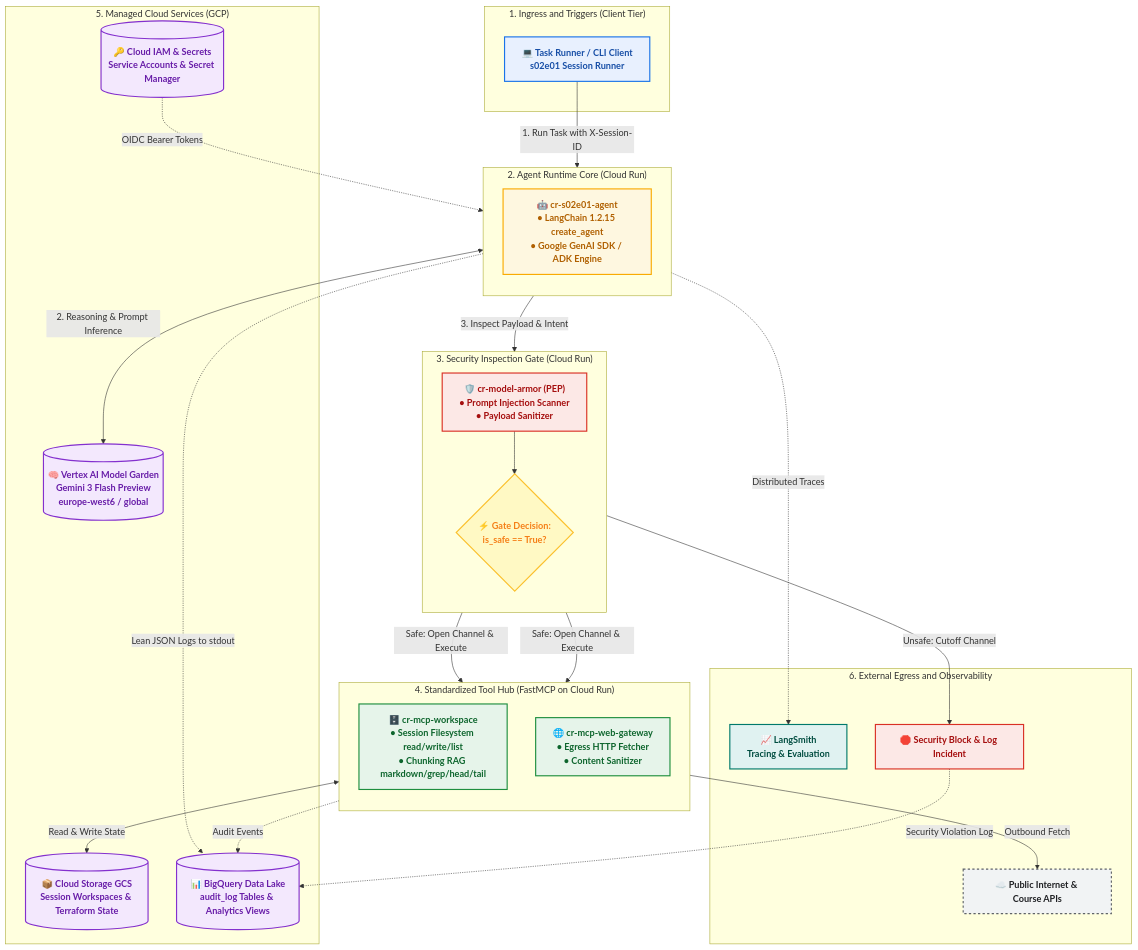
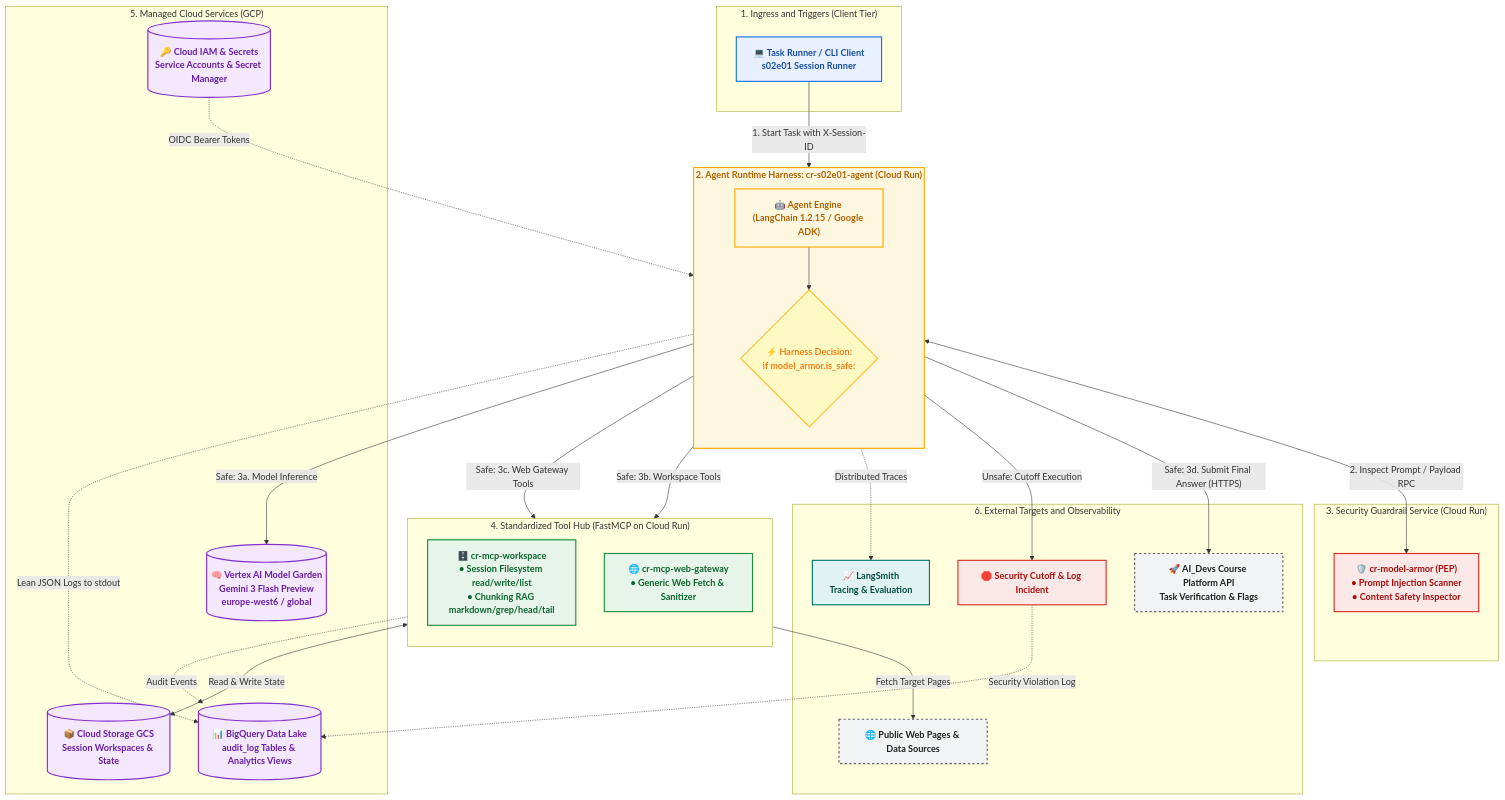
One commit to arturroo/af-aidevs changed the diagram in README.md. Above: the diagram before and after it, drawn with Mermaid.

Commit message:
docs: refine C4 architecture with internal agent harness decision gate and explicit API egress routing

````diff
--- a/README.md
+++ b/README.md
@@ -20,74 +20,76 @@
 ```mermaid
 flowchart TB
     %% Enterprise Styling
     classDef clientTier fill:#E8F0FE,stroke:#1A73E8,stroke-width:2px,color:#174EA6,font-weight:bold;
     classDef agentTier fill:#FEF7E0,stroke:#F9AB00,stroke-width:2px,color:#B06000,font-weight:bold;
     classDef gateTier fill:#FCE8E6,stroke:#D93025,stroke-width:2px,color:#A50E0E,font-weight:bold;
     classDef decisionTier fill:#FFF9C4,stroke:#FBC02D,stroke-width:2px,color:#F57F17,font-weight:bold;
     classDef mcpTier fill:#E6F4EA,stroke:#1E8E3E,stroke-width:2px,color:#0D652D,font-weight:bold;
     classDef paasTier fill:#F3E8FD,stroke:#8430CE,stroke-width:2px,color:#681DA8,font-weight:bold;
     classDef obsTier fill:#E0F2F1,stroke:#00796B,stroke-width:2px,color:#004D40,font-weight:bold;
     classDef extTier fill:#F1F3F4,stroke:#5F6368,stroke-width:2px,stroke-dasharray: 4 4,color:#202124,font-weight:bold;
 
     %% 1. INGRESS TIER
     subgraph TIER_CLIENT ["1. Ingress and Triggers (Client Tier)"]
         CLI["💻 Task Runner / CLI Client<br/>s02e01 Session Runner"]:::clientTier
     end
 
-    %% 2. AGENT RUNTIME TIER
-    subgraph TIER_AGENT ["2. Agent Runtime Core (Cloud Run)"]
+    %% 2. AGENT RUNTIME HARNESS (Cloud Run)
+    subgraph TIER_AGENT ["2. Agent Runtime Harness: cr-s02e01-agent (Cloud Run)"]
         direction TB
-        AGENT["🤖 cr-s02e01-agent<br/>• LangChain 1.2.15 create_agent<br/>• Google GenAI SDK / ADK Engine"]:::agentTier
+        AGENT_CORE["🤖 Agent Engine (LangChain 1.2.15 / Google ADK)"]:::agentTier
+        AGENT_IF{"⚡ Harness Decision:<br/>if model_armor.is_safe:"}:::decisionTier
+        AGENT_CORE --> AGENT_IF
+    end
+    class TIER_AGENT agentTier;
+
+    %% 3. SECURITY INSPECTION SERVICE (Cloud Run)
+    subgraph TIER_GATE ["3. Security Guardrail Service (Cloud Run)"]
+        MA["🛡️ cr-model-armor (PEP)<br/>• Prompt Injection Scanner<br/>• Content Safety Inspector"]:::gateTier
     end
 
-    %% 3. MODEL ARMOR GATE TIER
-    subgraph TIER_GATE ["3. Security Inspection Gate (Cloud Run)"]
-        direction TB
-        MA["🛡️ cr-model-armor (PEP)<br/>• Prompt Injection Scanner<br/>• Payload Sanitizer"]:::gateTier
-        DECISION{"⚡ Gate Decision:<br/>is_safe == True?"}:::decisionTier
-        MA --> DECISION
-    end
-
-    %% 4. MCP TOOL HUB TIER
+    %% 4. MCP TOOL HUB TIER (Cloud Run)
     subgraph TIER_MCP ["4. Standardized Tool Hub (FastMCP on Cloud Run)"]
         direction TB
         MCP_WS["🗄️ cr-mcp-workspace<br/>• Session Filesystem read/write/list<br/>• Chunking RAG markdown/grep/head/tail"]:::mcpTier
-        MCP_WEB["🌐 cr-mcp-web-gateway<br/>• Egress HTTP Fetcher<br/>• Content Sanitizer"]:::mcpTier
+        MCP_WEB["🌐 cr-mcp-web-gateway<br/>• Generic Web Fetch & Sanitizer"]:::mcpTier
     end
 
-    %% 5. MANAGED CLOUD SERVICES
+    %% 5. MANAGED CLOUD PLATFORM & AI (GCP)
     subgraph TIER_GCP ["5. Managed Cloud Services (GCP)"]
         VAI[("🧠 Vertex AI Model Garden<br/>Gemini 3 Flash Preview<br/>europe-west6 / global")]:::paasTier
-        GCS[("📦 Cloud Storage GCS<br/>Session Workspaces & Terraform State")]:::paasTier
+        GCS[("📦 Cloud Storage GCS<br/>Session Workspaces & State")]:::paasTier
         BQ[("📊 BigQuery Data Lake<br/>audit_log Tables & Analytics Views")]:::paasTier
         IAM[("🔑 Cloud IAM & Secrets<br/>Service Accounts & Secret Manager")]:::paasTier
     end
 
-    %% 6. EXTERNAL EGRESS & TELEMETRY
-    subgraph TIER_EXT ["6. External Egress and Observability"]
+    %% 6. EXTERNAL EGRESS & OBSERVABILITY
+    subgraph TIER_EXT ["6. External Targets and Observability"]
+        AIDEVS_API["🚀 AI_Devs Course Platform API<br/>Task Verification & Flags"]:::extTier
+        PUBLIC_NET["🌐 Public Web Pages & Data Sources"]:::extTier
         LS["📈 LangSmith<br/>Tracing & Evaluation"]:::obsTier
-        INET["☁️ Public Internet & Course APIs"]:::extTier
-        BLOCKED["🛑 Security Block & Log Incident"]:::gateTier
+        BLOCKED["🛑 Security Cutoff & Log Incident"]:::gateTier
     end
 
-    %% RUNTIME EXECUTION FLOW
-    CLI -->|"1. Run Task with X-Session-ID"| AGENT
-    AGENT <-->|"2. Reasoning & Prompt Inference"| VAI
-    AGENT -->|"3. Inspect Payload & Intent"| MA
+    %% RUNTIME WORKFLOW
+    CLI -->|"1. Start Task with X-Session-ID"| AGENT_CORE
+    AGENT_CORE <-->|"2. Inspect Prompt / Payload RPC"| MA
     
-    %% DECISION GATE BRANCHING
-    DECISION -->|"Safe: Open Channel & Execute"| MCP_WS
-    DECISION -->|"Safe: Open Channel & Execute"| MCP_WEB
-    DECISION -->|"Unsafe: Cutoff Channel"| BLOCKED
+    %% BRANCHING FROM AGENT HARNESS
+    AGENT_IF -->|"Safe: 3a. Model Inference"| VAI
+    AGENT_IF -->|"Safe: 3b. Workspace Tools"| MCP_WS
+    AGENT_IF -->|"Safe: 3c. Web Gateway Tools"| MCP_WEB
+    AGENT_IF -->|"Safe: 3d. Submit Final Answer (HTTPS)"| AIDEVS_API
+    AGENT_IF -->|"Unsafe: Cutoff Execution"| BLOCKED
 
-    %% TOOL BACKENDS
+    %% BACKEND STORAGE & OUTBOUND FETCH
     MCP_WS <-->|"Read & Write State"| GCS
-    MCP_WEB -->|"Outbound Fetch"| INET
+    MCP_WEB -->|"Fetch Target Pages"| PUBLIC_NET
 
     %% TELEMETRY & GOVERNANCE
-    IAM -.->|"OIDC Bearer Tokens"| AGENT
-    AGENT -.->|"Distributed Traces"| LS
-    AGENT -.->|"Lean JSON Logs to stdout"| BQ
+    IAM -.->|"OIDC Bearer Tokens"| AGENT_CORE
+    AGENT_CORE -.->|"Distributed Traces"| LS
+    AGENT_CORE -.->|"Lean JSON Logs to stdout"| BQ
     MCP_WS -.->|"Audit Events"| BQ
     BLOCKED -.->|"Security Violation Log"| BQ
 ```
````
